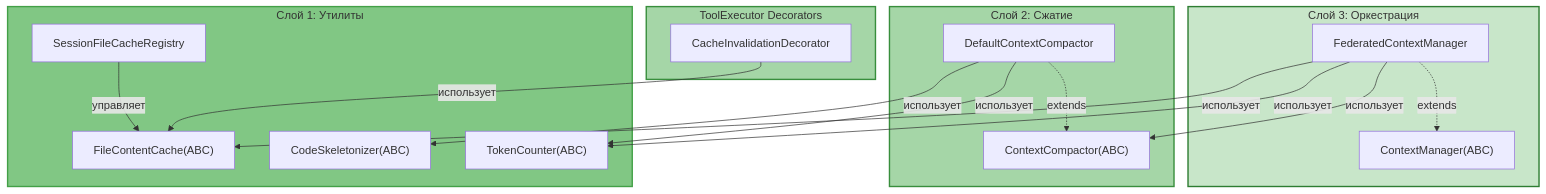
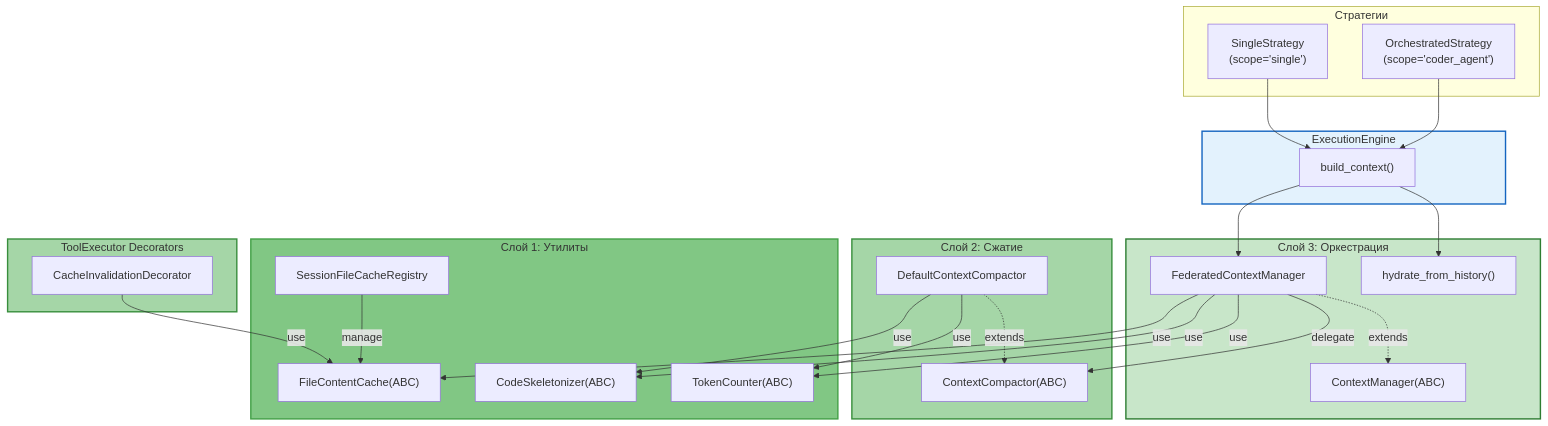
The second of 2 diagrams in doc/internals/architecture/fcm/README.md (pese-git/codelab-agent), drawn with Mermaid before and after one commit. The commit also changed other lines of this file and 3 other files, not shown here.

````diff
--- a/doc/internals/architecture/fcm/README.md
+++ b/doc/internals/architecture/fcm/README.md
@@ -25,38 +68,54 @@
 ```mermaid
 graph TB
+    subgraph Strategies["Стратегии"]
+        Single["SingleStrategy<br/>(scope='single')"]
+        Orch["OrchestratedStrategy<br/>(scope='coder_agent')"]
+    end
+    
+    subgraph EE["ExecutionEngine"]
+        BC["build_context()"]
+    end
+    
     subgraph Layer3["Слой 3: Оркестрация"]
         CM["ContextManager(ABC)"]
         FCM["FederatedContextManager"]
+        HS["hydrate_from_history()"]
     end
     
     subgraph Layer2["Слой 2: Сжатие"]
         CC["ContextCompactor(ABC)"]
         DCC["DefaultContextCompactor"]
     end
     
     subgraph Layer1["Слой 1: Утилиты"]
         TC["TokenCounter(ABC)"]
         SK["CodeSkeletonizer(ABC)"]
         FCC["FileContentCache(ABC)"]
         SFCC["SessionFileCacheRegistry"]
     end
     
     subgraph Decorators["ToolExecutor Decorators"]
         CID["CacheInvalidationDecorator"]
     end
     
+    Single --> BC
+    Orch --> BC
+    BC --> HS
+    BC --> FCM
     FCM -.->|"extends"| CM
+    FCM -->|"delegate"| CC
     DCC -.->|"extends"| CC
-    FCM -->|"использует"| CC
-    FCM -->|"использует"| TC
-    FCM -->|"использует"| FCC
-    DCC -->|"использует"| TC
-    DCC -->|"использует"| SK
-    CID -->|"использует"| FCC
-    SFCC -->|"управляет"| FCC
+    FCM -->|"use"| TC
+    FCM -->|"use"| SK
+    FCM -->|"use"| FCC
+    DCC -->|"use"| TC
+    DCC -->|"use"| SK
+    CID -->|"use"| FCC
+    SFCC -->|"manage"| FCC
     
+    style EE fill:#e3f2fd,stroke:#1565c0,stroke-width:2px
     style Layer3 fill:#c8e6c9,stroke:#2e7d32,stroke-width:2px
     style Layer2 fill:#a5d6a7,stroke:#388e3c,stroke-width:2px
     style Layer1 fill:#81c784,stroke:#43a047,stroke-width:2px
     style Decorators fill:#a5d6a7,stroke:#388e3c,stroke-width:2px
 ```
````
